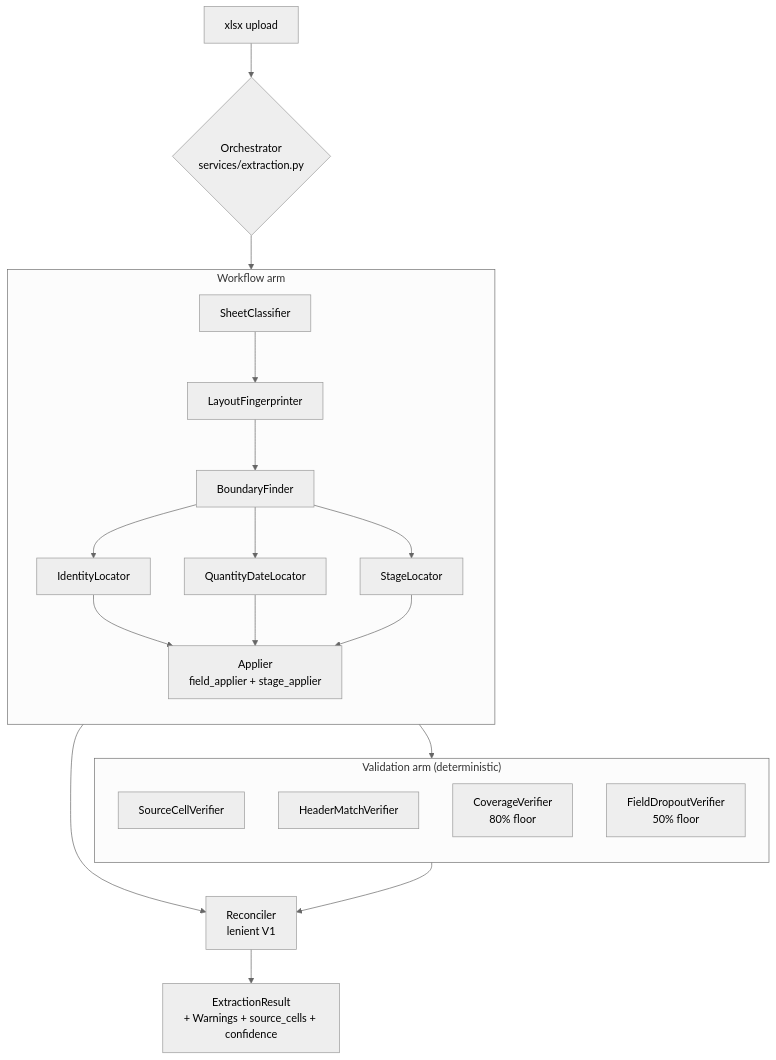
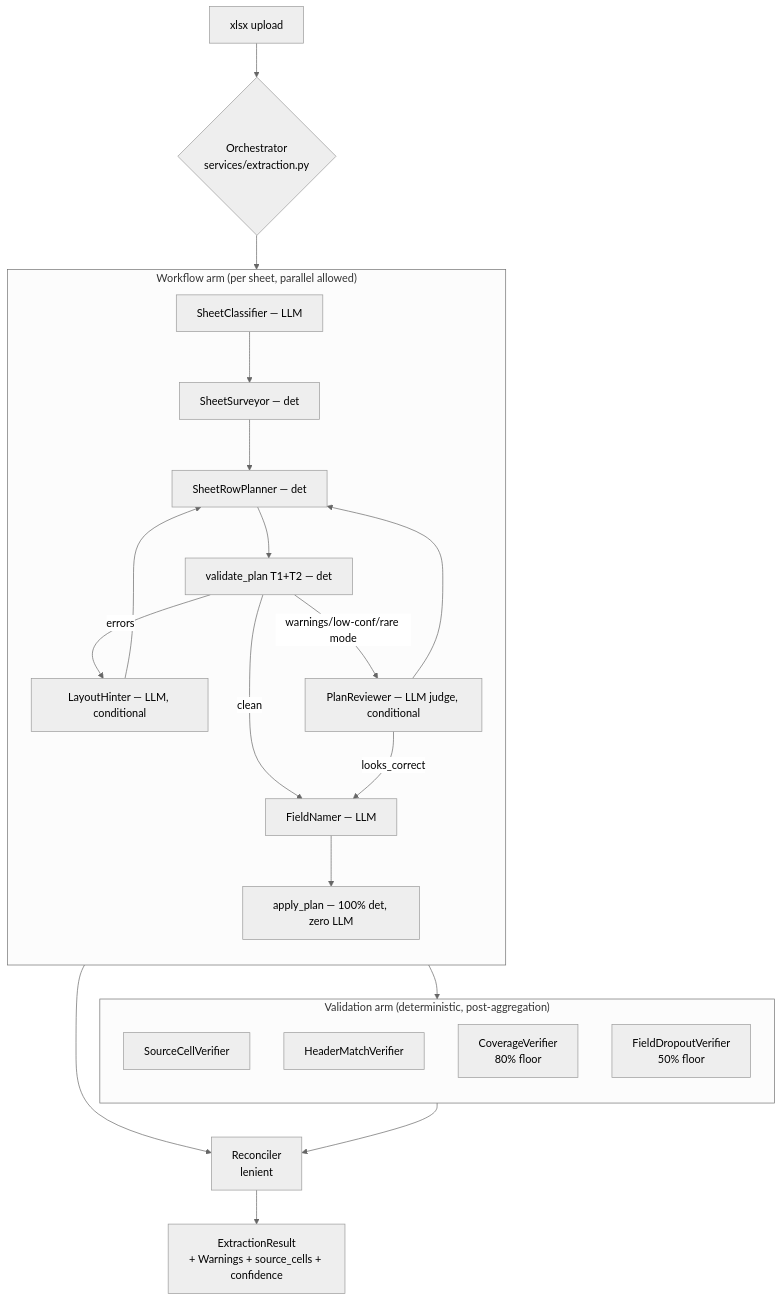
Before and after one commit to DAITA-Labs/tna-service: the second of 9 diagrams in ARCHITECTURE.md, drawn with Mermaid (neutral theme). The commit also changed other lines of this file, not shown here.

First line of the commit message:
docs(architecture): rewrite for SheetRowPlanner pipeline

````diff
--- a/ARCHITECTURE.md
+++ b/ARCHITECTURE.md
@@ -133,41 +137,41 @@
 ```mermaid
 flowchart TB
     INPUT[xlsx upload]
     ORCH{Orchestrator<br/>services/extraction.py}
 
-    subgraph WF["Workflow arm"]
+    subgraph WF["Workflow arm (per sheet, parallel allowed)"]
       direction TB
-      W1[SheetClassifier]
-      W2[LayoutFingerprinter]
-      W3[BoundaryFinder]
-      W4a[IdentityLocator]
-      W4b[QuantityDateLocator]
-      W4c[StageLocator]
-      W5[Applier<br/>field_applier + stage_applier]
-      W1 --> W2 --> W3
-      W3 --> W4a
-      W3 --> W4b
-      W3 --> W4c
-      W4a --> W5
-      W4b --> W5
-      W4c --> W5
+      W1[SheetClassifier — LLM]
+      W2[SheetSurveyor — det]
+      W3[SheetRowPlanner — det]
+      W3a[validate_plan T1+T2 — det]
+      W3b[LayoutHinter — LLM, conditional]
+      W3c[PlanReviewer — LLM judge, conditional]
+      W4[FieldNamer — LLM]
+      W5[apply_plan — 100% det, zero LLM]
+      W1 --> W2 --> W3 --> W3a
+      W3a -- errors --> W3b --> W3
+      W3a -- warnings/low-conf/rare mode --> W3c --> W3
+      W3a -- clean --> W4
+      W3c -- looks_correct --> W4
+      W4 --> W5
     end
 
-    subgraph VL["Validation arm (deterministic)"]
+    subgraph VL["Validation arm (deterministic, post-aggregation)"]
       direction TB
       V1[SourceCellVerifier]
       V2[HeaderMatchVerifier]
       V3[CoverageVerifier<br/>80% floor]
       V4[FieldDropoutVerifier<br/>50% floor]
     end
 
-    RECON[Reconciler<br/>lenient V1]
+    RECON[Reconciler<br/>lenient]
     OUT[ExtractionResult<br/>+ Warnings + source_cells + confidence]
 
     INPUT --> ORCH
     ORCH --> WF
     WF --> VL
     WF --> RECON
     VL --> RECON
     RECON --> OUT
 ```
````
